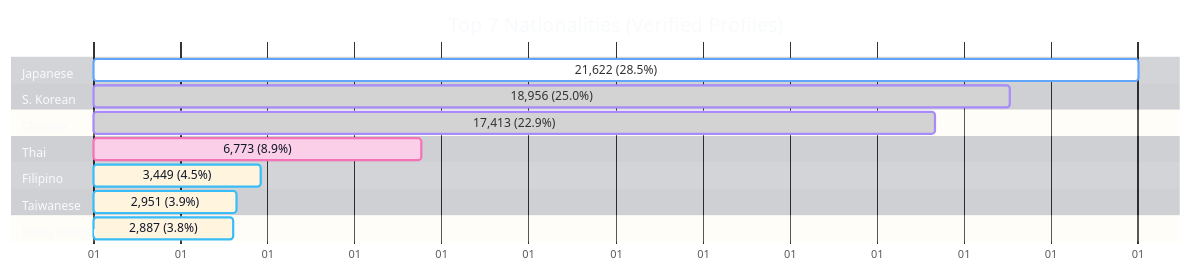
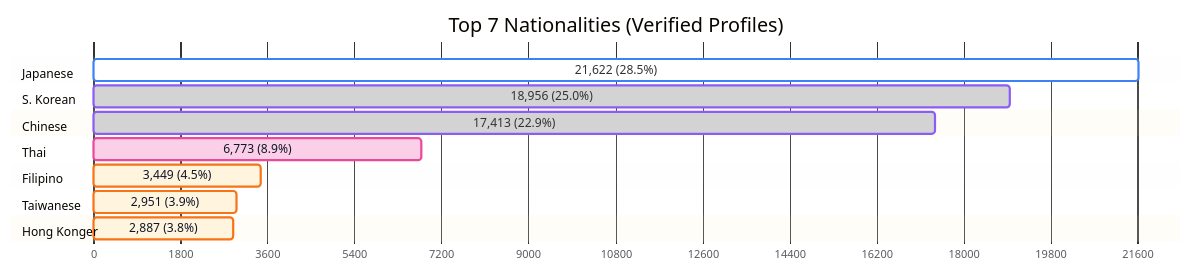
Before and after one commit to semihamakinist/Asian-Face-ANFE: the fourth of 4 diagrams in README_en.md, drawn with Mermaid.

````diff
--- a/README_en.md
+++ b/README_en.md
@@ -105,49 +105,48 @@
 ```mermaid
 %%{init: {
     "theme": "base",
     "themeVariables": {
-        "titleColor": "#f8fafc",
-        "sectionBkgColor": "#1e293b",
-        "altSectionBkgColor": "#0f172a",
-        "gridColor": "#334155",
-        "lineColor": "#64748b",
         "fontSize": "13px",
+        "gridColor": "#cbd5e1",
+        "lineColor": "#94a3b8",
 
-        "activeTaskColor": "#93c5fd",
-        "activeTaskBorderColor": "#60a5fa",
-        "taskTextOutsideColor": "#f8fafc",
+        "sectionBkgColor": "rgba(241, 245, 249, 0.6)",
+        "altSectionBkgColor": "rgba(255, 255, 255, 0.6)",
 
-        "doneTaskColor": "#c4b5fd",
-        "doneTaskBorderColor": "#a78bfa",
+        "activeTaskColor": "#bfdbfe",
+        "activeTaskBorderColor": "#3b82f6",
+
+        "doneTaskColor": "#ddd6fe",
+        "doneTaskBorderColor": "#8b5cf6",
         "doneTaskTextColor": "#0f172a",
 
         "critBkgColor": "#fbcfe8",
-        "critBorderColor": "#f472b6",
+        "critBorderColor": "#ec4899",
         "critTextColor": "#0f172a",
 
-        "taskColor": "#bae6fd",
-        "taskBorderColor": "#38bdf8",
+        "taskColor": "#fed7aa",
+        "taskBorderColor": "#f97316",
         "taskTextColor": "#0f172a"
-    }
+    },
+    "themeCSS": ".titleText { fill: var(--color-fg-default, #0f172a) !important; font-weight: 700; }.sectionTitle { fill: var(--color-fg-default, #0f172a) !important; font-weight: 600; }.taskText, .taskTextDone, .taskTextCrit { fill: #0f172a !important; font-weight: 600; }.taskTextOutside, .taskTextOutsideRight { fill: var(--color-fg-default, #0f172a) !important; font-weight: 600; }.tick text { fill: var(--color-fg-default, #475569) !important; font-size: 11px; }"
 }}%%
 gantt
     title Top 7 Nationalities (Verified Profiles)
     dateFormat X
-    axisFormat %d
-    tickInterval 5000
+    axisFormat %s
 
     section Japanese
     21,622 (28.5%) : active, 0, 21622
     section S. Korean
     18,956 (25.0%) : done, 0, 18956
     section Chinese
     17,413 (22.9%) : done, 0, 17413
     section Thai
     6,773 (8.9%)   : crit, 0, 6773
     section Filipino
     3,449 (4.5%)   : 0, 3449
     section Taiwanese
     2,951 (3.9%)   : 0, 2951
     section Hong Konger
     2,887 (3.8%)   : 0, 2887
 ```
````
